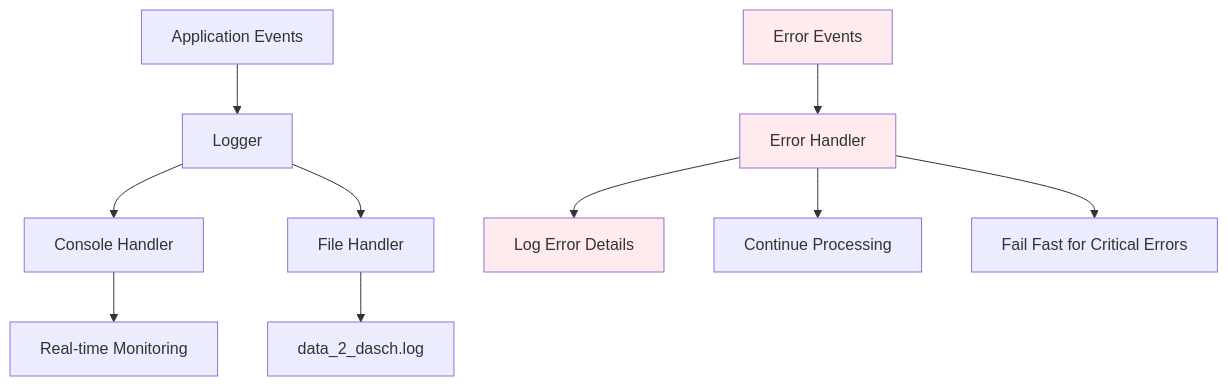
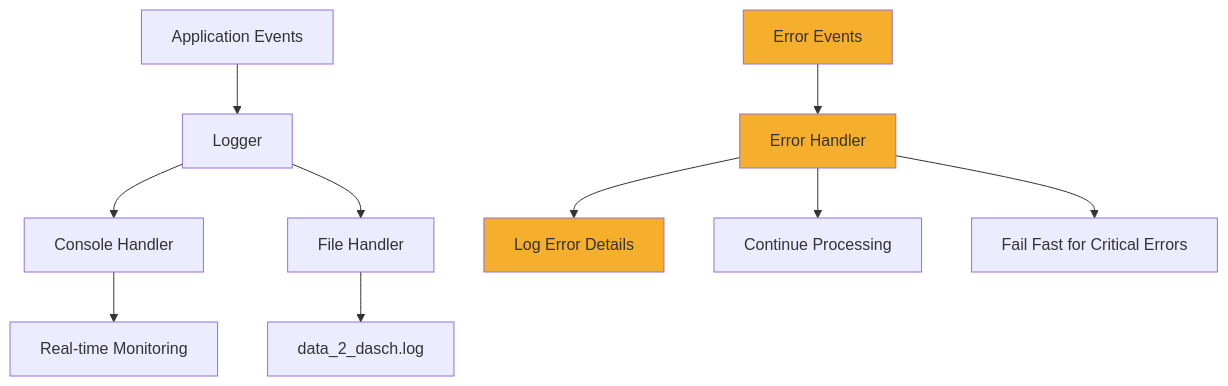
Before and after one commit to Stadt-Geschichte-Basel/omeka2dsp: the eighth of 9 diagrams in docs/architecture/index.qmd, drawn with Mermaid. The commit also changed other lines of this file and 22 other files, not shown here.

````diff
--- a/docs/architecture/index.qmd
+++ b/docs/architecture/index.qmd
@@ -360,18 +358,18 @@
 ```{mermaid}
 graph TD
     A[Application Events] --> B[Logger]
     B --> C[Console Handler]
     B --> D[File Handler]
     
     C --> E[Real-time Monitoring]
     D --> F[data_2_dasch.log]
     
     G[Error Events] --> H[Error Handler]
     H --> I[Log Error Details]
     H --> J[Continue Processing]
     H --> K[Fail Fast for Critical Errors]
     
-    style G fill:#ffebee
-    style H fill:#ffebee
-    style I fill:#ffebee
+    style G fill:#f6ae2d
+    style H fill:#f6ae2d
+    style I fill:#f6ae2d
 ```
````
